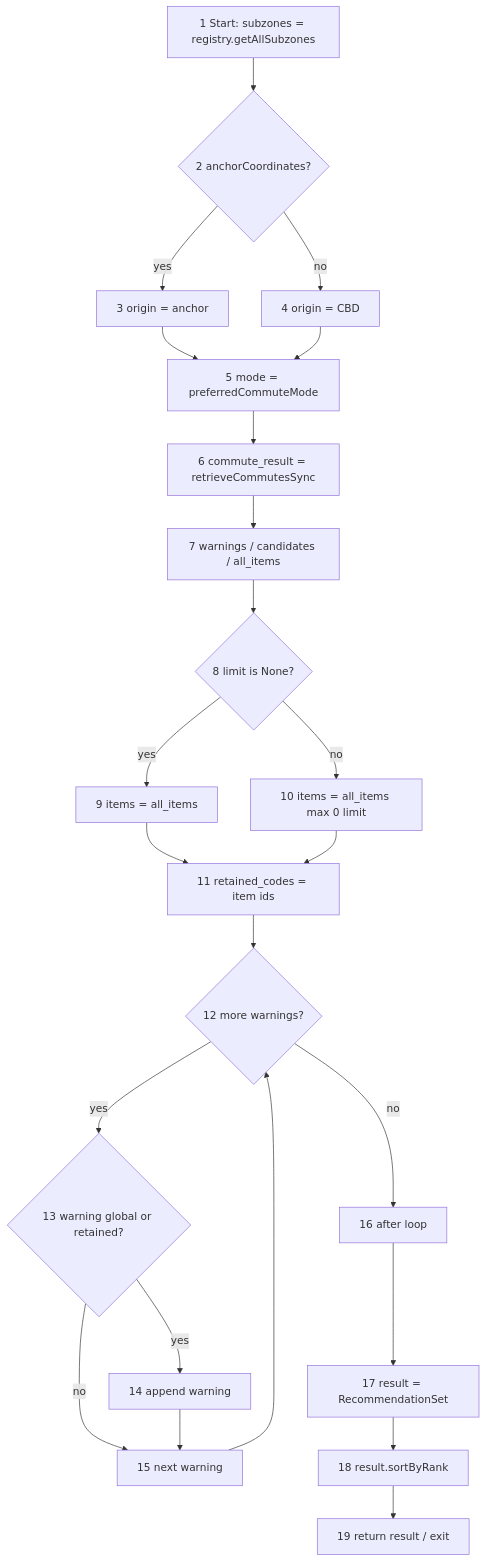
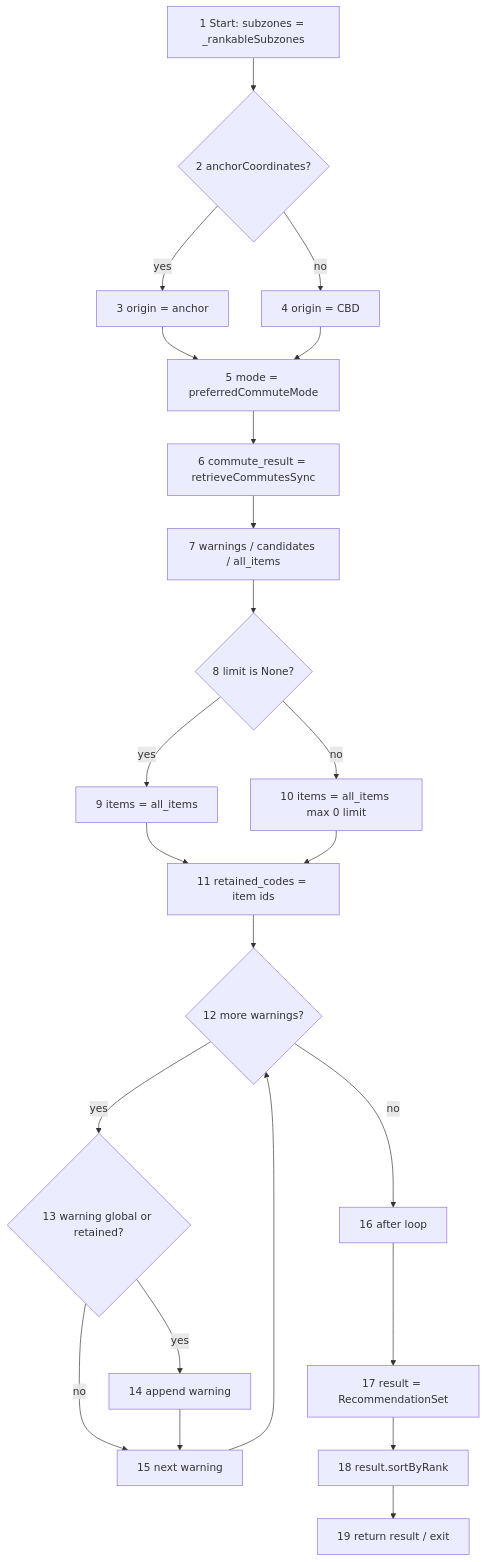
Before and after one commit to DangKartik/sg-property-finder: the third of 3 diagrams in docs/WHITE_BOX_TESTING.md, drawn with Mermaid. The commit also changed other lines of this file and 44 other files, not shown here.

````diff
--- a/docs/WHITE_BOX_TESTING.md
+++ b/docs/WHITE_BOX_TESTING.md
@@ -131,25 +235,25 @@
 ```mermaid
 flowchart TD
-    A[1 Start: subzones = registry.getAllSubzones] --> B{2 anchorCoordinates?}
+    A[1 Start: subzones = _rankableSubzones] --> B{2 anchorCoordinates?}
     B -- yes --> C[3 origin = anchor]
     B -- no --> D[4 origin = CBD]
     C --> E[5 mode = preferredCommuteMode]
     D --> E
     E --> F[6 commute_result = retrieveCommutesSync]
     F --> G[7 warnings / candidates / all_items]
     G --> H{8 limit is None?}
     H -- yes --> I[9 items = all_items]
     H -- no --> J[10 items = all_items max 0 limit]
     I --> K[11 retained_codes = item ids]
     J --> K
     K --> L{12 more warnings?}
     L -- yes --> M{13 warning global or retained?}
     L -- no --> P[16 after loop]
     M -- yes --> N[14 append warning]
     M -- no --> O[15 next warning]
     N --> O
     O --> L
     P --> Q[17 result = RecommendationSet]
     Q --> R[18 result.sortByRank]
     R --> S[19 return result / exit]
 ```
````
